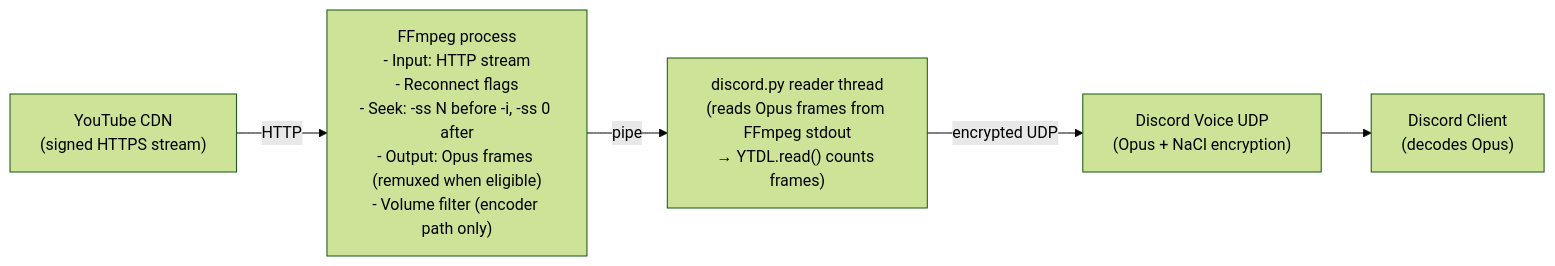
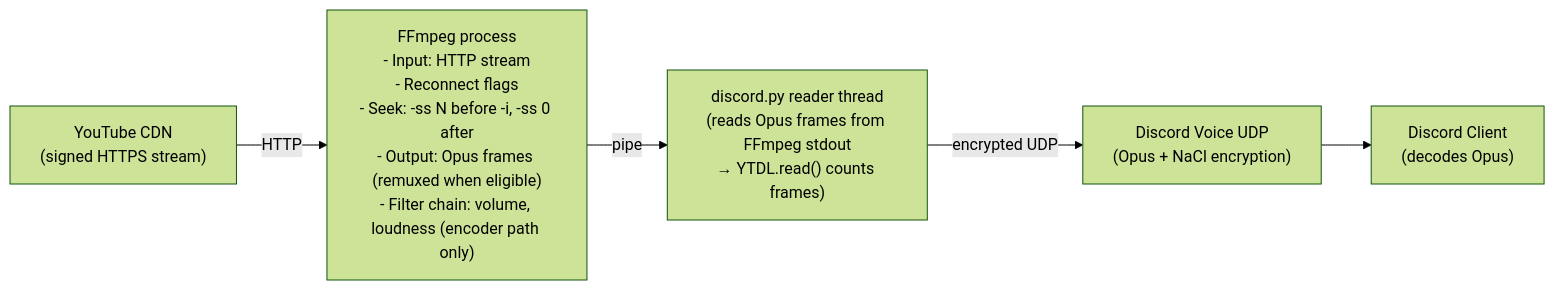
Before and after one commit to kawadeomkar/discord-music-bot: diagram 14 of 15 in docs/ARCHITECTURE.md, drawn with Mermaid (forest theme). The commit also changed other lines of this file and 21 other files, not shown here.

````diff
--- a/docs/ARCHITECTURE.md
+++ b/docs/ARCHITECTURE.md
@@ -1912,13 +1913,13 @@
 ```mermaid
 flowchart LR
     YT["YouTube CDN\n(signed HTTPS stream)"]
-    FFmpeg["FFmpeg process\n- Input: HTTP stream\n- Reconnect flags\n- Seek: -ss N before -i, -ss 0 after\n- Output: Opus frames (remuxed when eligible)\n- Volume filter (encoder path only)"]
+    FFmpeg["FFmpeg process\n- Input: HTTP stream\n- Reconnect flags\n- Seek: -ss N before -i, -ss 0 after\n- Output: Opus frames (remuxed when eligible)\n- Filter chain: volume, loudness (encoder path only)"]
     Reader["discord.py reader thread\n(reads Opus frames from FFmpeg stdout\n→ YTDL.read() counts frames)"]
     VC["Discord Voice UDP\n(Opus + NaCl encryption)"]
     User["Discord Client\n(decodes Opus)"]
 
     YT -->|HTTP| FFmpeg
     FFmpeg -->|pipe| Reader
     Reader -->|encrypted UDP| VC
     VC --> User
 ```
````
